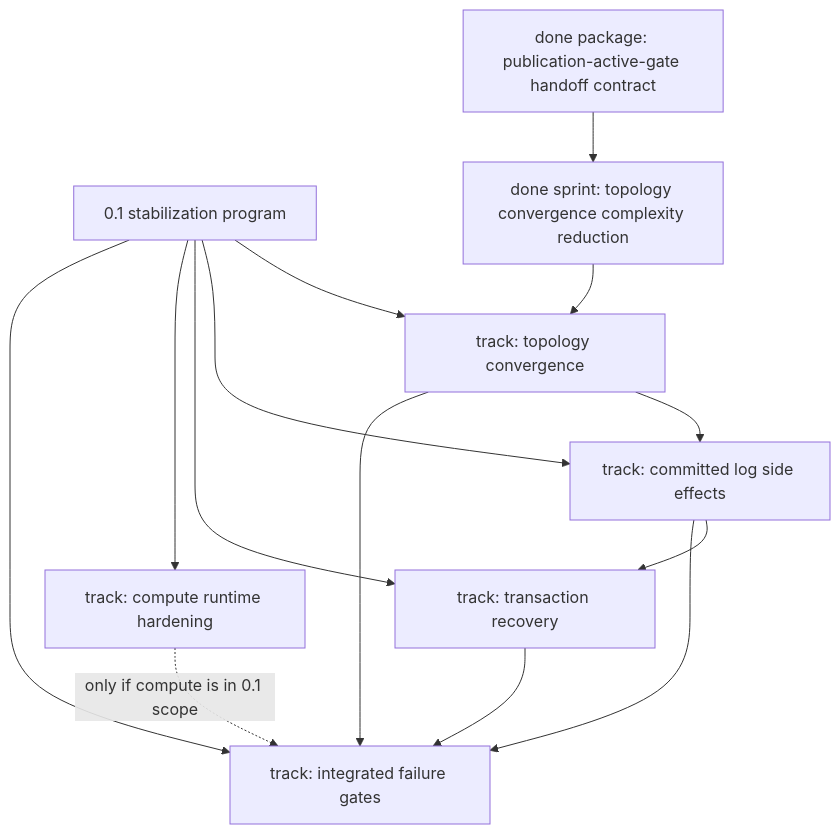
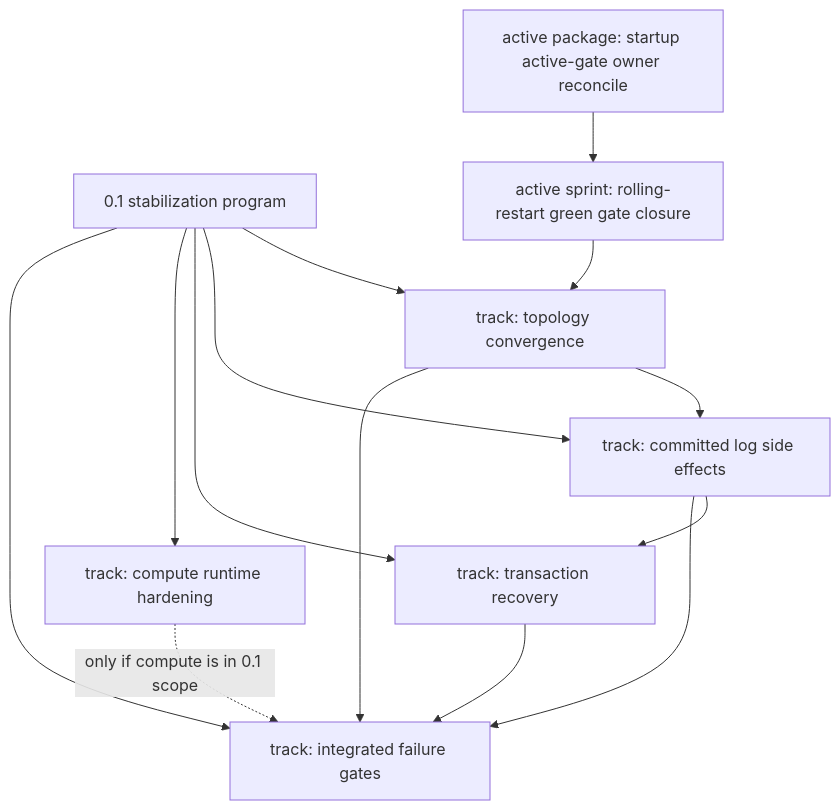
Before and after one commit to psvensson/lagrange: the diagram in work/releases/0.1-dependency-map.md, drawn with Mermaid. The commit also changed other lines of this file and 5 other files, not shown here.

Commit message:
Create rolling-restart green gate sprint

````diff
--- a/work/releases/0.1-dependency-map.md
+++ b/work/releases/0.1-dependency-map.md
@@ -34,27 +36,27 @@
 ```mermaid
 flowchart TD
   release["0.1 stabilization program"]
   topo["track: topology convergence"]
   sidefx["track: committed log side effects"]
   tx["track: transaction recovery"]
   compute["track: compute runtime hardening"]
   gates["track: integrated failure gates"]
-  sprint["done sprint: topology convergence complexity reduction"]
-  package["done package: publication-active-gate handoff contract"]
+  sprint["active sprint: rolling-restart green gate closure"]
+  package["active package: startup active-gate owner reconcile"]
 
   release --> topo
   release --> sidefx
   release --> tx
   release --> compute
   release --> gates
 
   sprint --> topo
   package --> sprint
 
   topo --> sidefx
   sidefx --> tx
   topo --> gates
   sidefx --> gates
   tx --> gates
   compute -. "only if compute is in 0.1 scope" .-> gates
 ```
````
